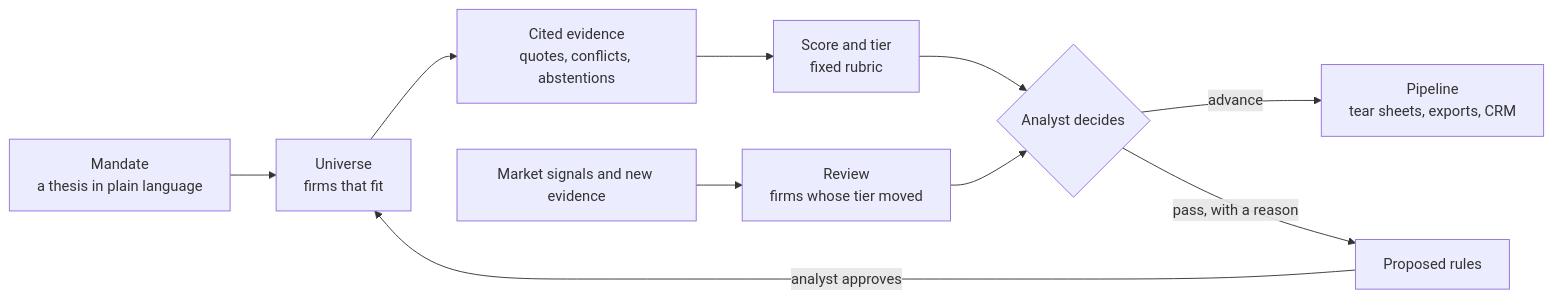
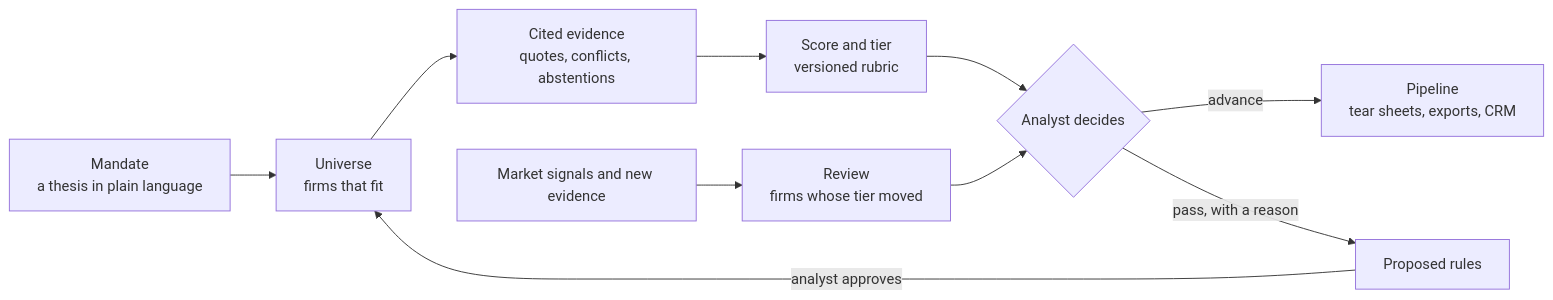
The diagram in README.md (llukehanna/beacon), drawn with Mermaid before and after one commit. The commit also changed other lines of this file and 39 other files, not shown here.

````diff
--- a/README.md
+++ b/README.md
@@ -30,12 +30,12 @@
 ```mermaid
 flowchart LR
   M[Mandate<br/>a thesis in plain language] --> U[Universe<br/>firms that fit]
   U --> E[Cited evidence<br/>quotes, conflicts, abstentions]
-  E --> S[Score and tier<br/>fixed rubric]
+  E --> S[Score and tier<br/>versioned rubric]
   S --> D{Analyst decides}
   D -- advance --> P[Pipeline<br/>tear sheets, exports, CRM]
   D -- pass, with a reason --> R[Proposed rules]
   R -- analyst approves --> U
   N[Market signals and new evidence] --> V[Review<br/>firms whose tier moved]
   V --> D
 ```
````
